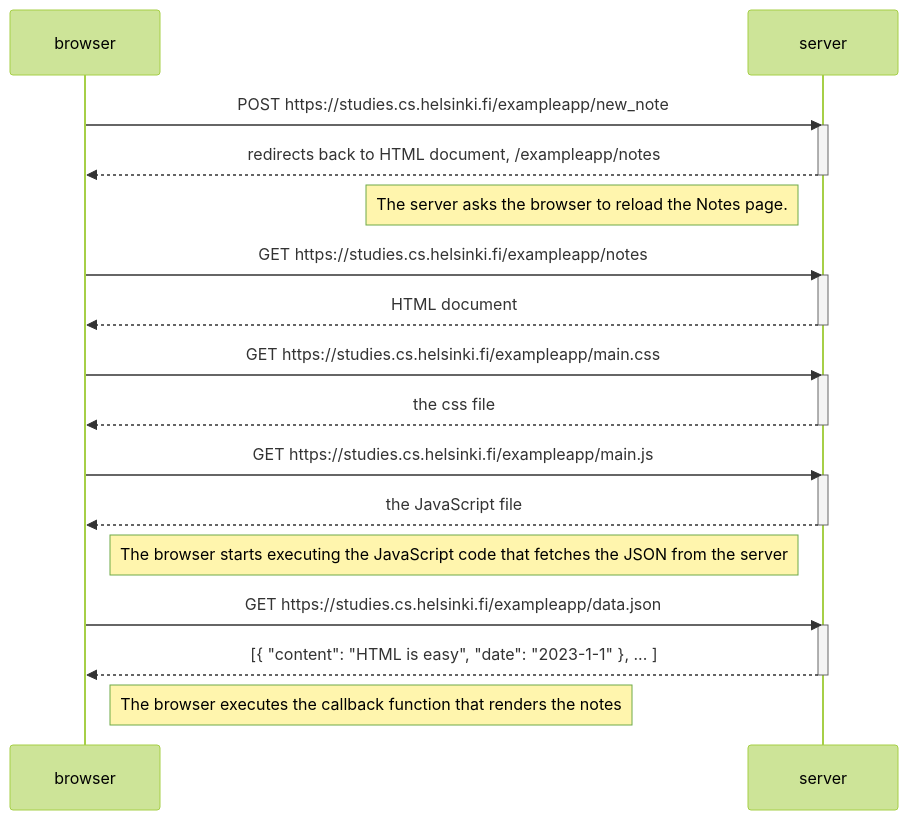
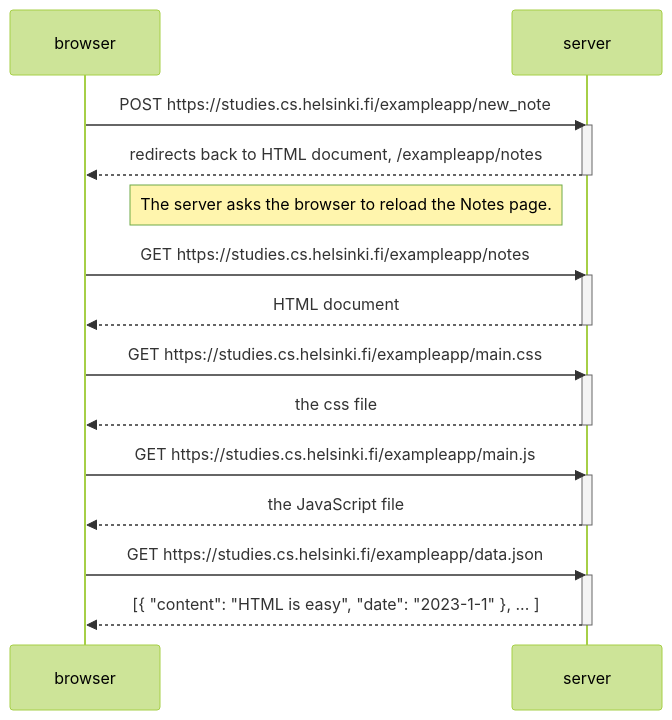
The diagram in 04.md (mishalyn-mei-ilmeng/part0-fullstackopen), drawn with Mermaid (forest theme) before and after one commit.

````diff
--- a/04.md
+++ b/04.md
@@ -1,36 +1,32 @@
 ```mermaid
 sequenceDiagram
     participant browser
     participant server
 
     browser->>server: POST https://studies.cs.helsinki.fi/exampleapp/new_note
     activate server
     server-->>browser: redirects back to HTML document, /exampleapp/notes
     deactivate server
 
     Note left of server: The server asks the browser to reload the Notes page.
 
     browser->>server: GET https://studies.cs.helsinki.fi/exampleapp/notes
     activate server
     server-->>browser: HTML document
     deactivate server
 
     browser->>server: GET https://studies.cs.helsinki.fi/exampleapp/main.css
     activate server
     server-->>browser: the css file
     deactivate server
 
     browser->>server: GET https://studies.cs.helsinki.fi/exampleapp/main.js
     activate server
     server-->>browser: the JavaScript file
     deactivate server
 
-    Note right of browser: The browser starts executing the JavaScript code that fetches the JSON from the server
-
     browser->>server: GET https://studies.cs.helsinki.fi/exampleapp/data.json
     activate server
     server-->>browser: [{ "content": "HTML is easy", "date": "2023-1-1" }, ... ]
     deactivate server
-
-    Note right of browser: The browser executes the callback function that renders the notes
 ```
````
